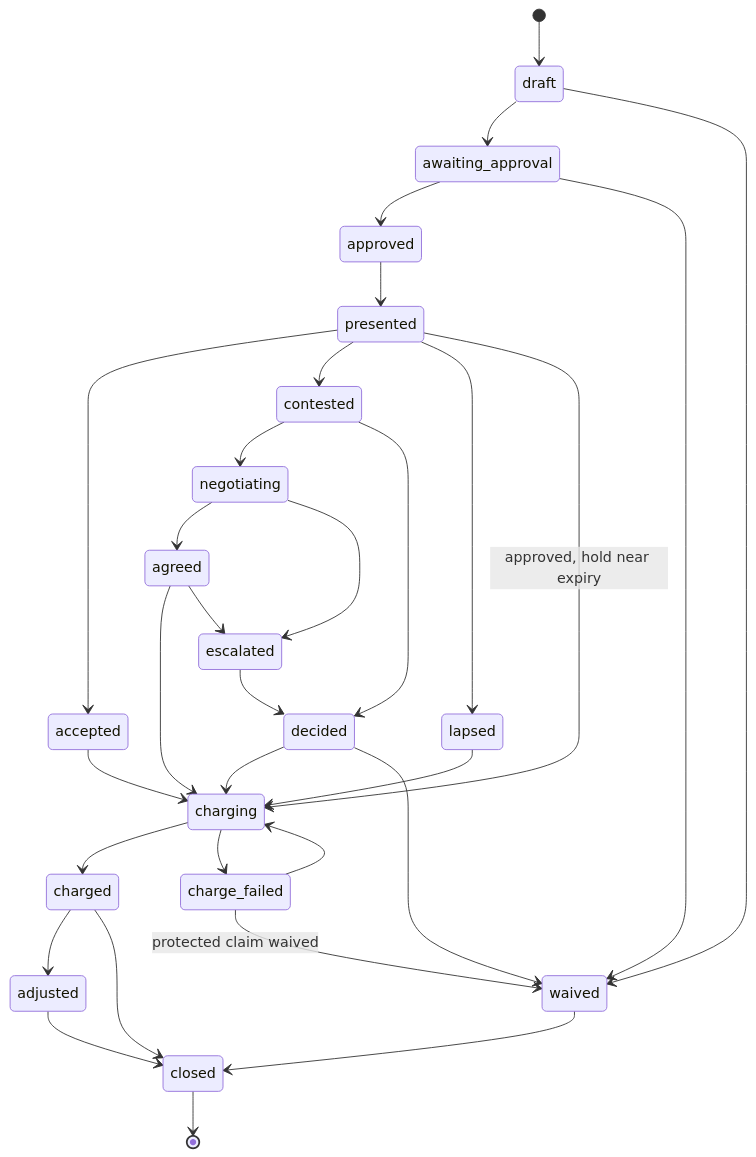
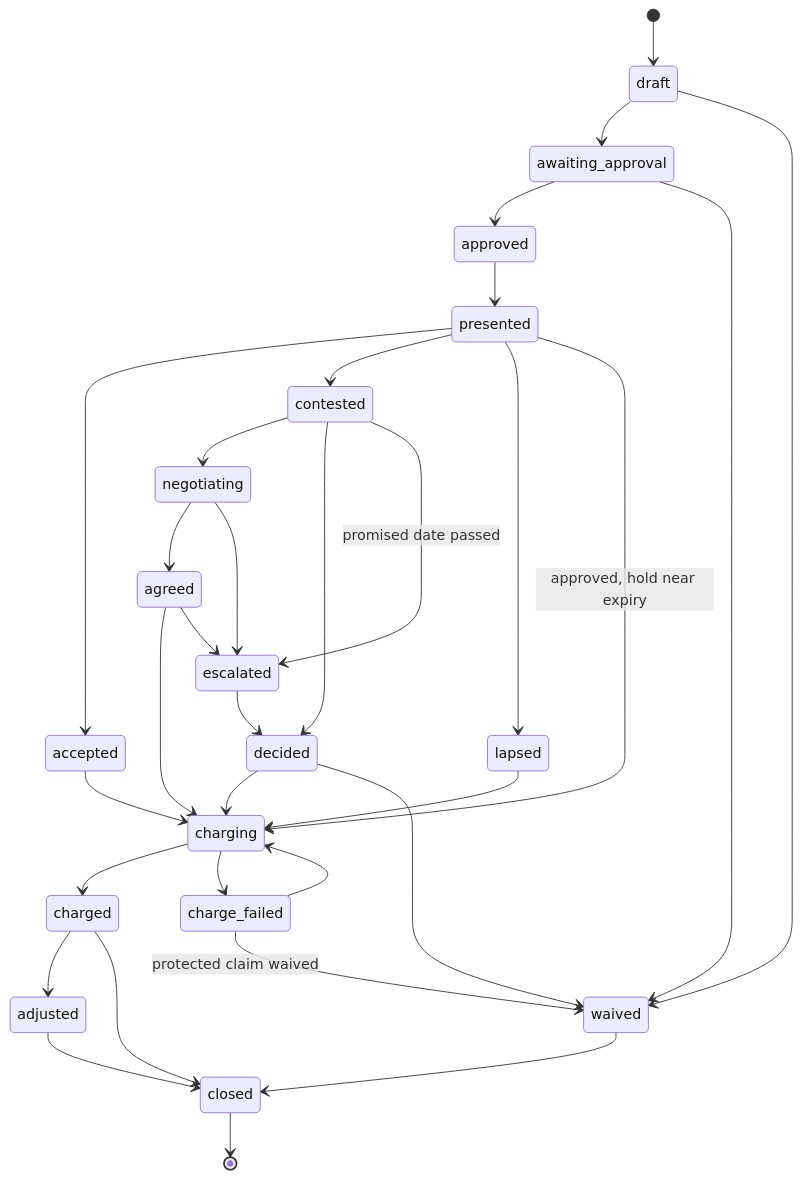
One commit to rogerjeasy/hold changed the sixth of 16 diagrams in docs/architecture.md. Above: the diagram before and after it, drawn with Mermaid. The commit also changed other lines of this file and 78 other files, not shown here.

First line of the commit message:
feat: the shop promises the renter a date to decide a contested claim, and code keeps it

````diff
--- a/docs/architecture.md
+++ b/docs/architecture.md
@@ -566,33 +580,34 @@
 ```mermaid
 stateDiagram-v2
     [*] --> draft
     draft --> awaiting_approval
     draft --> waived
     awaiting_approval --> approved
     awaiting_approval --> waived
     approved --> presented
     presented --> accepted
     presented --> contested
     presented --> lapsed
     presented --> charging: approved, hold near expiry
     contested --> negotiating
     contested --> decided
+    contested --> escalated: promised date passed
     negotiating --> agreed
     negotiating --> escalated
     agreed --> charging
     agreed --> escalated
     escalated --> decided
     accepted --> charging
     lapsed --> charging
     decided --> charging
     decided --> waived
     charging --> charged
     charging --> charge_failed
     charge_failed --> charging
     charge_failed --> waived: protected claim waived
     charged --> adjusted
     charged --> closed
     adjusted --> closed
     waived --> closed
     closed --> [*]
 ```
````
